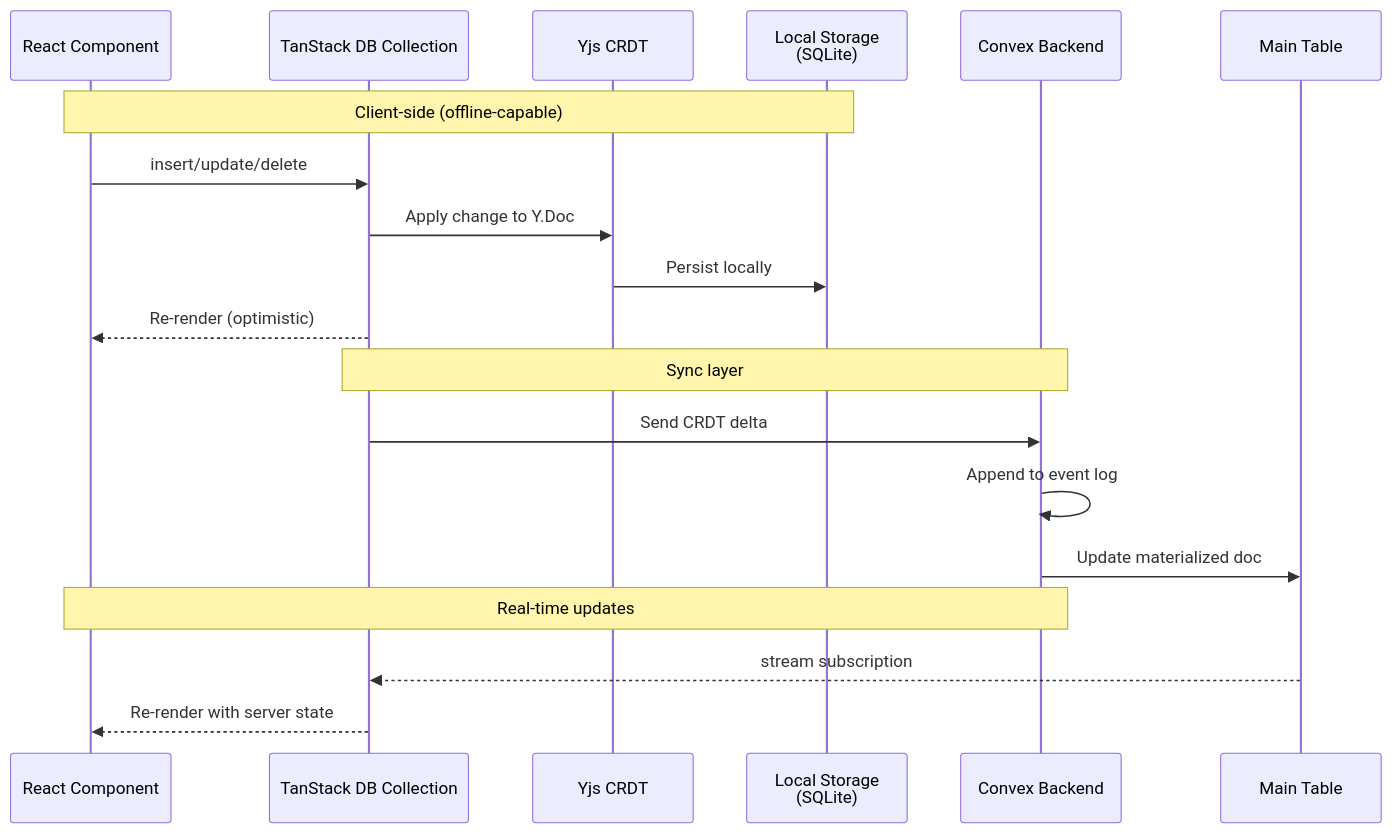
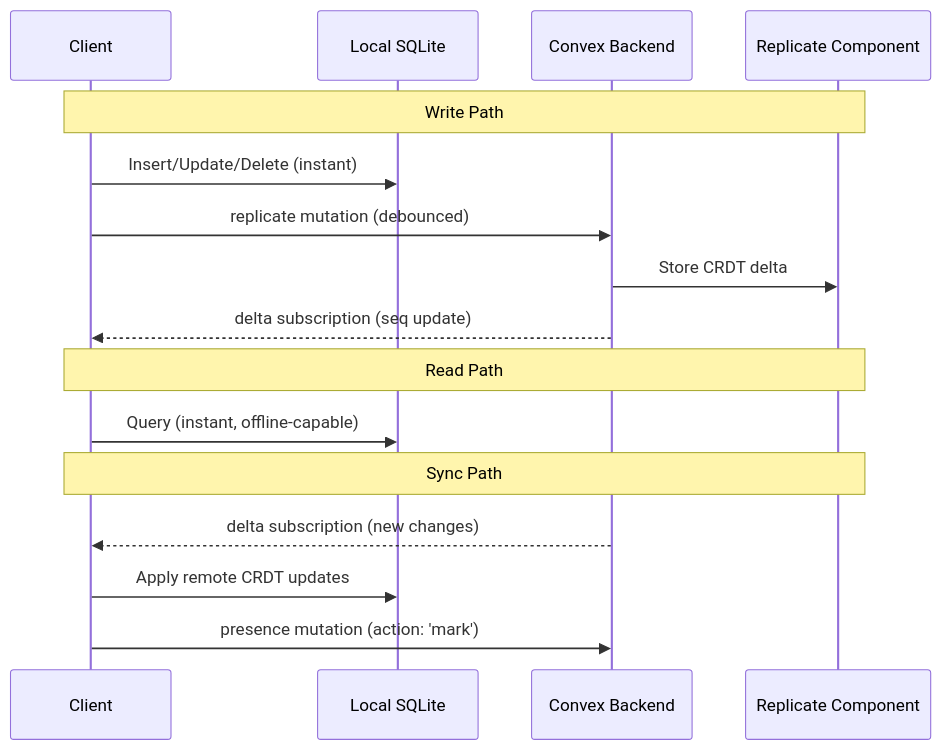
Before and after one commit to trestleinc/replicate: the first of 2 diagrams in README.md, drawn with Mermaid. The commit also changed other lines of this file, not shown here.

First line of the commit message:
docs: rewrite README with updated API reference and architecture guide

````diff
--- a/README.md
+++ b/README.md
@@ -11,24 +9,21 @@
 ```mermaid
 sequenceDiagram
-    participant UI as React Component
-    participant Collection as TanStack DB Collection
-    participant Yjs as Yjs CRDT
-    participant Storage as Local Storage<br/>(SQLite)
+    participant Client
+    participant SQLite as Local SQLite
     participant Convex as Convex Backend
-    participant Table as Main Table
+    participant Component as Replicate Component
 
-    Note over UI,Storage: Client-side (offline-capable)
-    UI->>Collection: insert/update/delete
-    Collection->>Yjs: Apply change to Y.Doc
-    Yjs->>Storage: Persist locally
-    Collection-->>UI: Re-render (optimistic)
+    Note over Client,Component: Write Path
+    Client->>SQLite: Insert/Update/Delete (instant)
+    Client->>Convex: replicate mutation (debounced)
+    Convex->>Component: Store CRDT delta
+    Convex-->>Client: delta subscription (seq update)
 
-    Note over Collection,Convex: Sync layer
-    Collection->>Convex: Send CRDT delta
-    Convex->>Convex: Append to event log
-    Convex->>Table: Update materialized doc
+    Note over Client,Component: Read Path
+    Client->>SQLite: Query (instant, offline-capable)
 
-    Note over Convex,UI: Real-time updates
-    Table-->>Collection: stream subscription
-    Collection-->>UI: Re-render with server state
+    Note over Client,Component: Sync Path
+    Convex-->>Client: delta subscription (new changes)
+    Client->>SQLite: Apply remote CRDT updates
+    Client->>Convex: presence mutation (action: 'mark')
 ```
````
